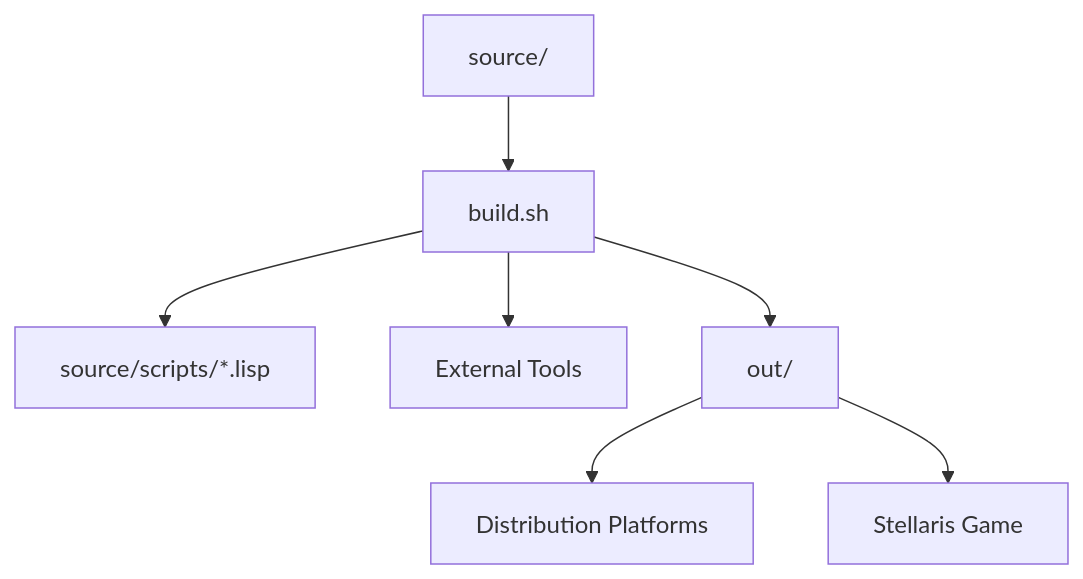
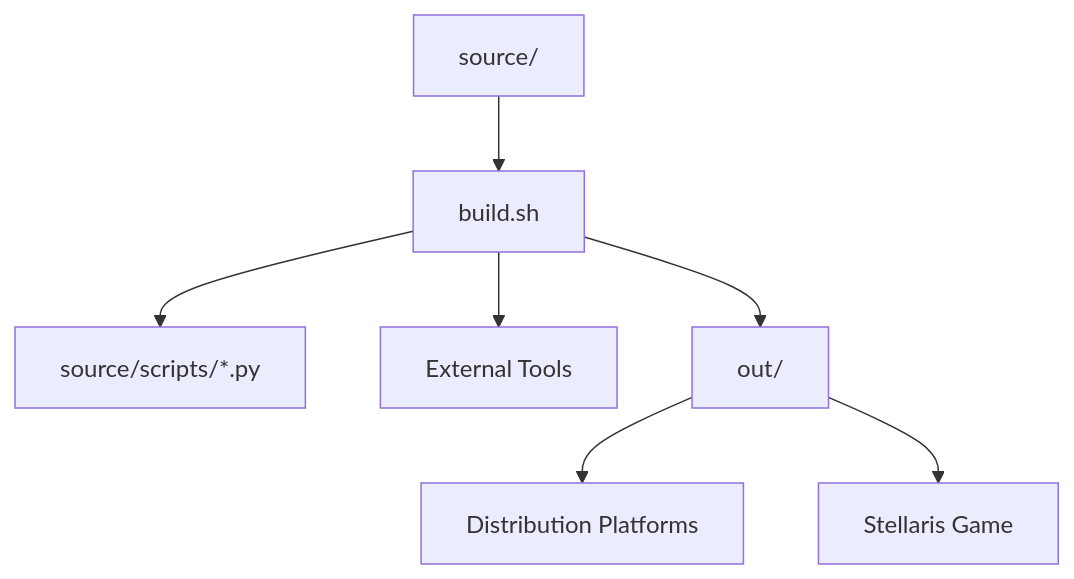
The fifth of 5 diagrams in ARCHITECTURE.md (hmlendea/stellaris-ui-flags), drawn with Mermaid before and after one commit. The commit also changed other lines of this file and 45 other files, not shown here.

````diff
--- a/ARCHITECTURE.md
+++ b/ARCHITECTURE.md
@@ -245,9 +245,9 @@
 ```mermaid
 flowchart TD
-    Build[build.sh] --> Scripts[source/scripts/*.lisp]
+    Build[build.sh] --> Scripts[source/scripts/*.py]
     Build --> Tools[External Tools]
     Source[source/] --> Build
     Build --> Output[out/]
     Output --> Platforms[Distribution Platforms]
     Output --> Stellaris[Stellaris Game]
 ```
````
